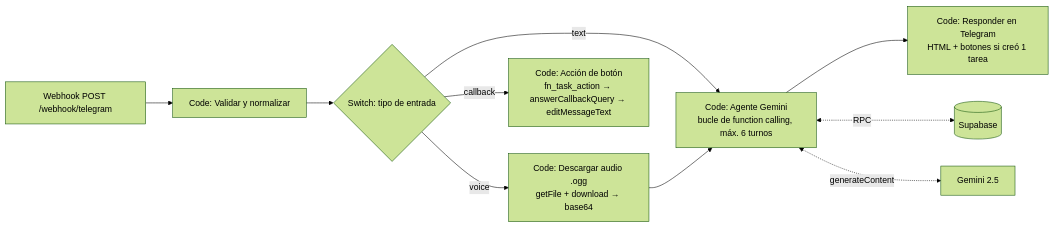
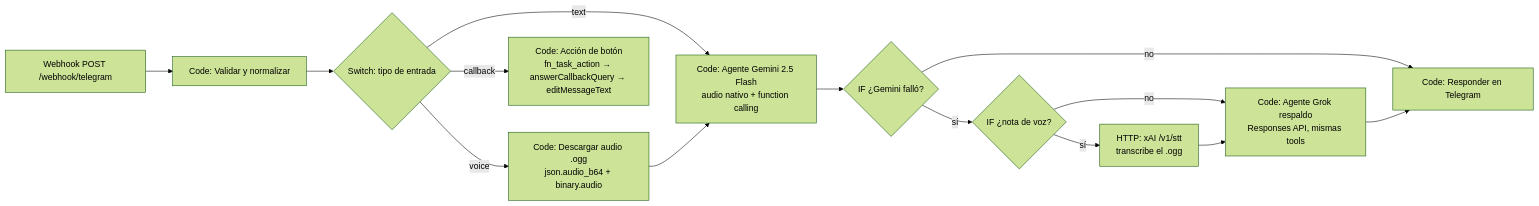
The first of 4 diagrams in docs/n8n-design.md (cesarduarterp-spec/agente-personal-), drawn with Mermaid (forest theme) before and after one commit. The commit also changed other lines of this file and 20 other files, not shown here.

First line of the commit message:
Quitar búsqueda web y agregar Grok como respaldo de Gemini

````diff
--- a/docs/n8n-design.md
+++ b/docs/n8n-design.md
@@ -21,12 +21,16 @@
 ```mermaid
 flowchart LR
   A[Webhook POST /webhook/telegram] --> B[Code: Validar y normalizar]
   B --> C{Switch: tipo de entrada}
-  C -- voice --> D[Code: Descargar audio .ogg<br/>getFile + download → base64]
+  C -- voice --> D[Code: Descargar audio .ogg<br/>json.audio_b64 + binary.audio]
   C -- text --> E
-  D --> E[Code: Agente Gemini<br/>bucle de function calling, máx. 6 turnos]
-  E --> F[Code: Responder en Telegram<br/>HTML + botones si creó 1 tarea]
+  D --> E[Code: Agente Gemini 2.5 Flash<br/>audio nativo + function calling]
+  E --> X{IF ¿Gemini falló?}
+  X -- no --> F[Code: Responder en Telegram]
+  X -- sí --> V{IF ¿nota de voz?}
+  V -- sí --> T[HTTP: xAI /v1/stt<br/>transcribe el .ogg]
+  V -- no --> K
+  T --> K[Code: Agente Grok respaldo<br/>Responses API, mismas tools]
+  K --> F
   C -- callback --> G[Code: Acción de botón<br/>fn_task_action → answerCallbackQuery → editMessageText]
-  E <-. RPC .-> S[(Supabase)]
-  E <-. generateContent .-> M[Gemini 2.5]
 ```
````
